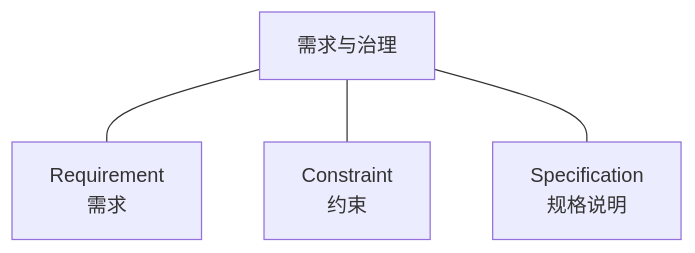
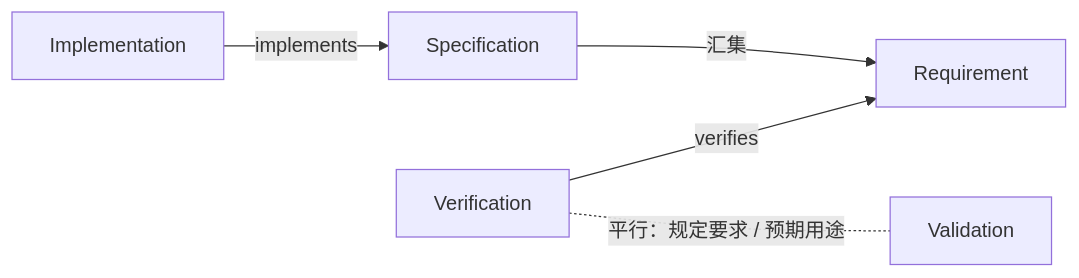
The diagram in dictionary/semantic-relationships.md (bojuewang/engineering-dictionary), drawn with Mermaid before and after one commit. The commit also changed other lines of this file and 15 other files, not shown here.

Commit message:
docs: standardize directed diagrams across the repository

````diff
--- a/dictionary/semantic-relationships.md
+++ b/dictionary/semantic-relationships.md
@@ -7,7 +7,7 @@
 ```mermaid
-flowchart TD
-    rules["需求与治理"]
-    rules --- requirement["Requirement<br/>需求"]
-    rules --- constraint["Constraint<br/>约束"]
-    rules --- specification["Specification<br/>规格说明"]
+flowchart LR
+    implementation["Implementation"] -->|implements| specification["Specification"]
+    verification["Verification"] -->|verifies| requirement["Requirement"]
+    specification -->|汇集| requirement
+    verification -. 平行：规定要求 / 预期用途 .- validation["Validation"]
 ```
````
